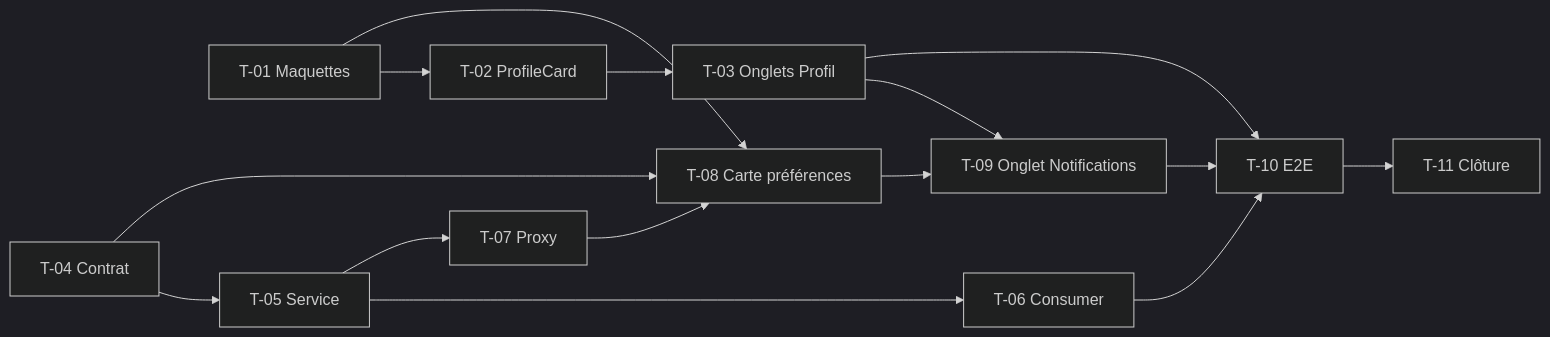
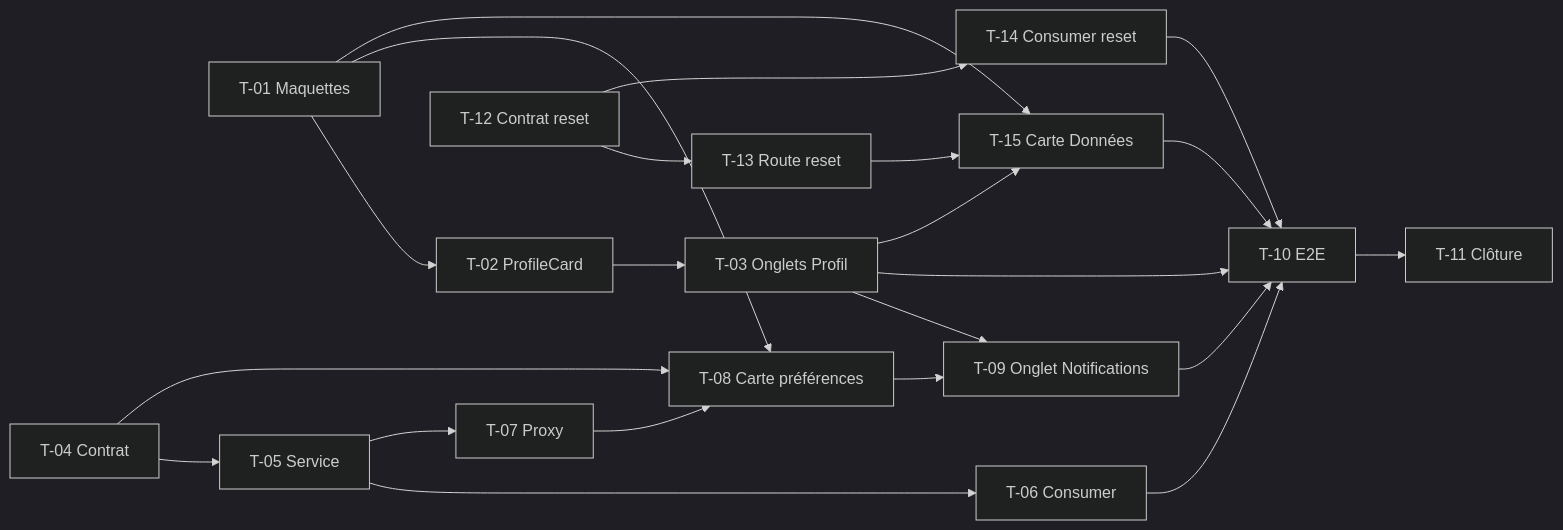
One commit to Matsuel/Azimut changed the diagram in roadmap/fix-10-parametres-profil/US.md. Above: the diagram before and after it, drawn with Mermaid (dark theme). The commit also changed other lines of this file and 3 other files, not shown here.

Commit message:
docs(roadmap): fix-10, maquettes Figma des paramètres et réinitialisation des données

````diff
--- a/roadmap/fix-10-parametres-profil/US.md
+++ b/roadmap/fix-10-parametres-profil/US.md
@@ -73,17 +90,24 @@
 ```mermaid
 flowchart LR
     T01[T-01 Maquettes] --> T02[T-02 ProfileCard]
     T01 --> T08[T-08 Carte préférences]
     T02 --> T03[T-03 Onglets Profil]
     T04[T-04 Contrat] --> T05[T-05 Service]
     T05 --> T06[T-06 Consumer]
     T05 --> T07[T-07 Proxy]
     T04 --> T08
     T07 --> T08
     T03 --> T09[T-09 Onglet Notifications]
     T08 --> T09
     T03 --> T10[T-10 E2E]
     T06 --> T10
     T09 --> T10
     T10 --> T11[T-11 Clôture]
+    T12[T-12 Contrat reset] --> T13[T-13 Route reset]
+    T12 --> T14[T-14 Consumer reset]
+    T13 --> T15[T-15 Carte Données]
+    T03 --> T15
+    T01 --> T15
+    T14 --> T10
+    T15 --> T10
 ```
````
